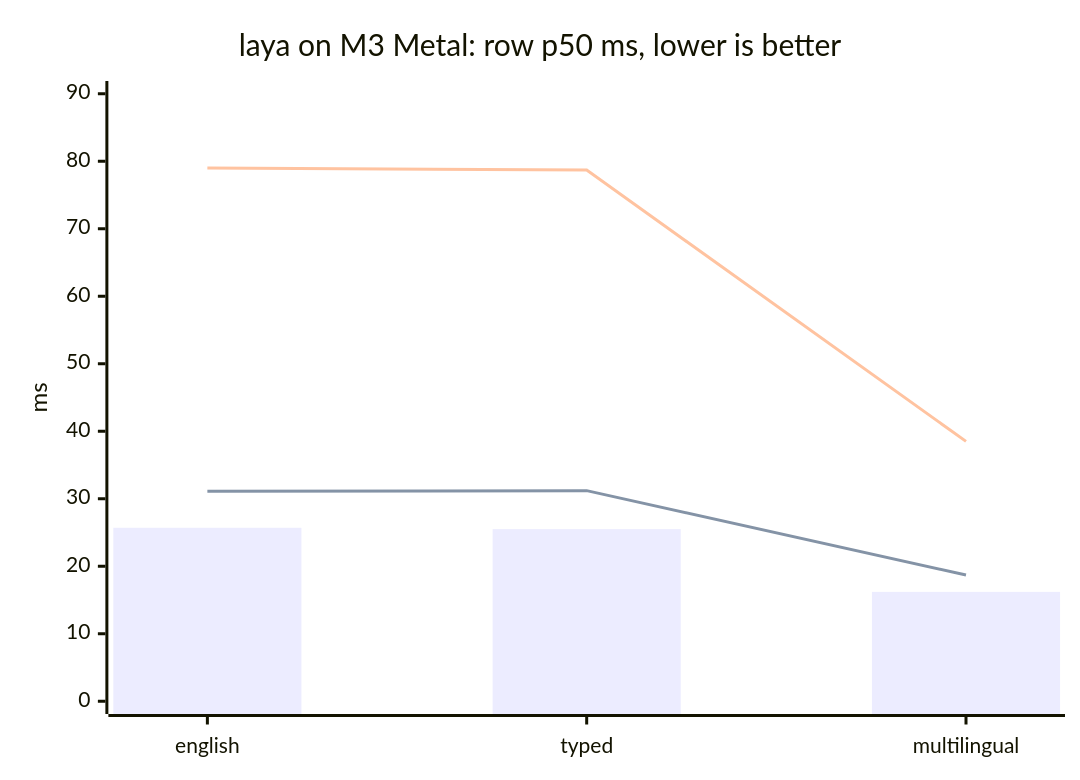
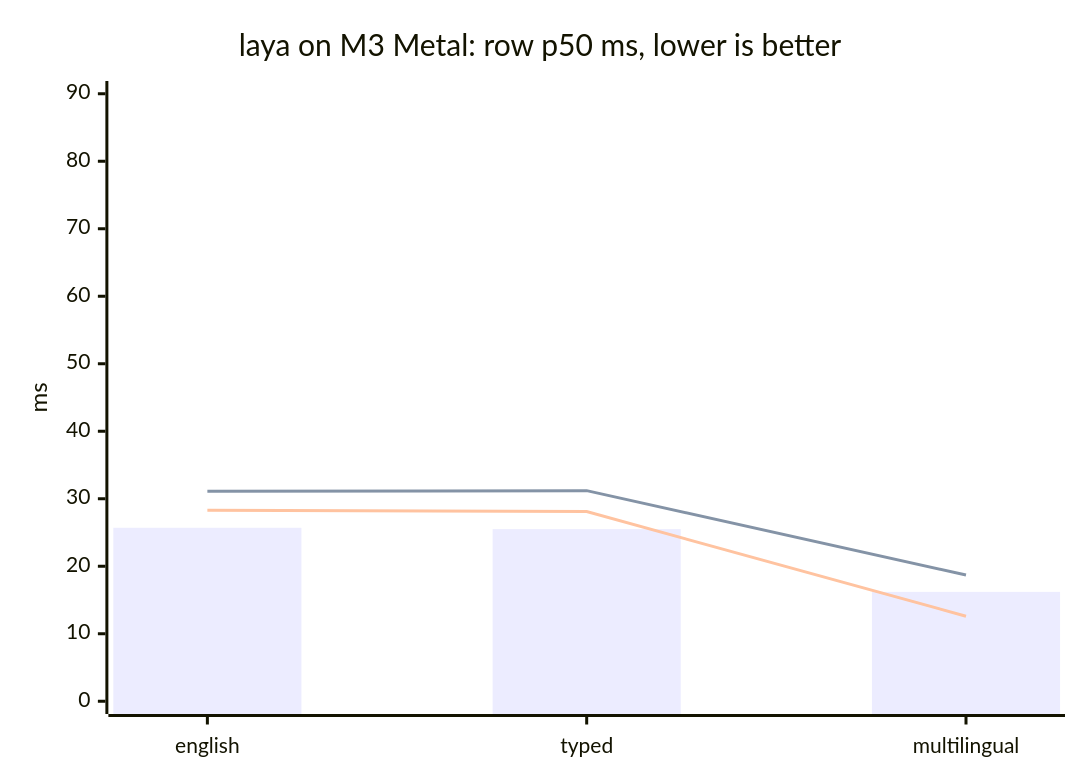
One commit to gist-rs/riir-reflex changed the diagram in README.md. Above: the diagram before and after it, drawn with Mermaid. The commit also changed other lines of this file and 11 other files, not shown here.

````diff
--- a/README.md
+++ b/README.md
@@ -181,9 +192,9 @@
 ```mermaid
 xychart-beta
     title "laya on M3 Metal: row p50 ms, lower is better"
     x-axis [english, typed, multilingual]
     y-axis "ms" 0 --> 90
     bar [25.7, 25.5, 16.2]
     line [31.1, 31.2, 18.7]
-    line [79.0, 78.7, 38.5]
+    line [28.3, 28.1, 12.6]
 ```
````
